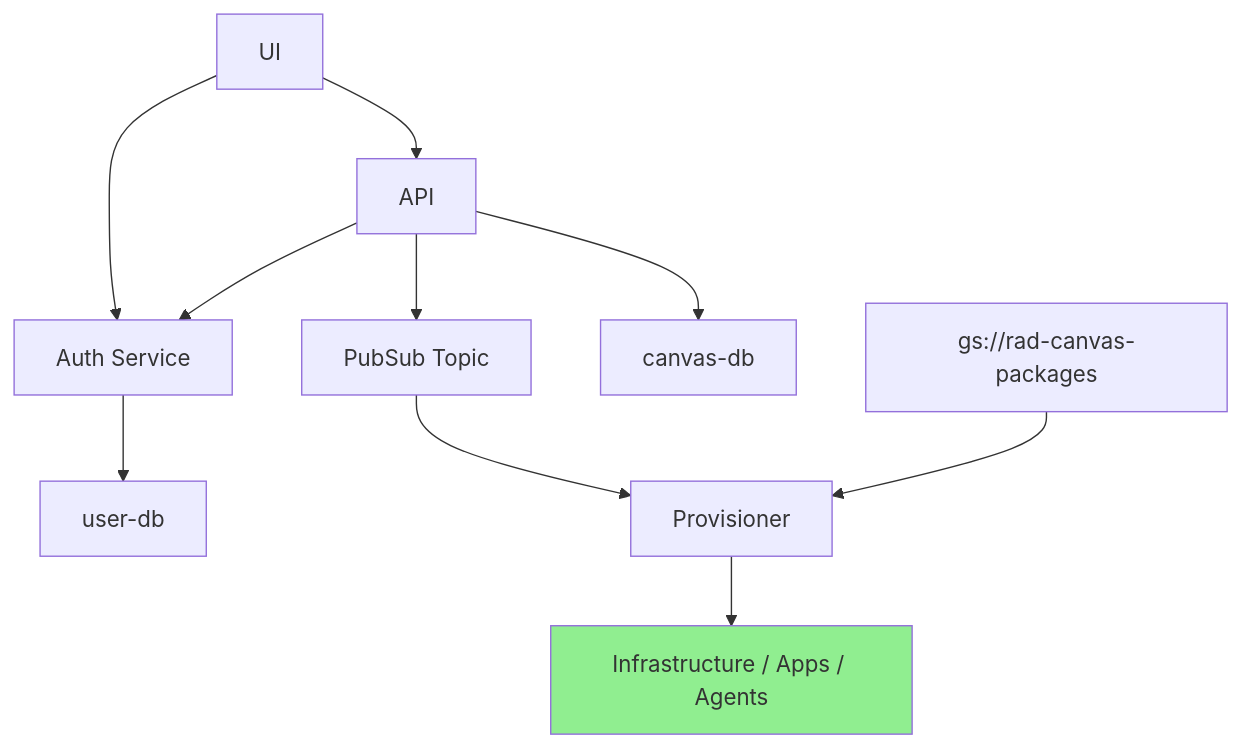
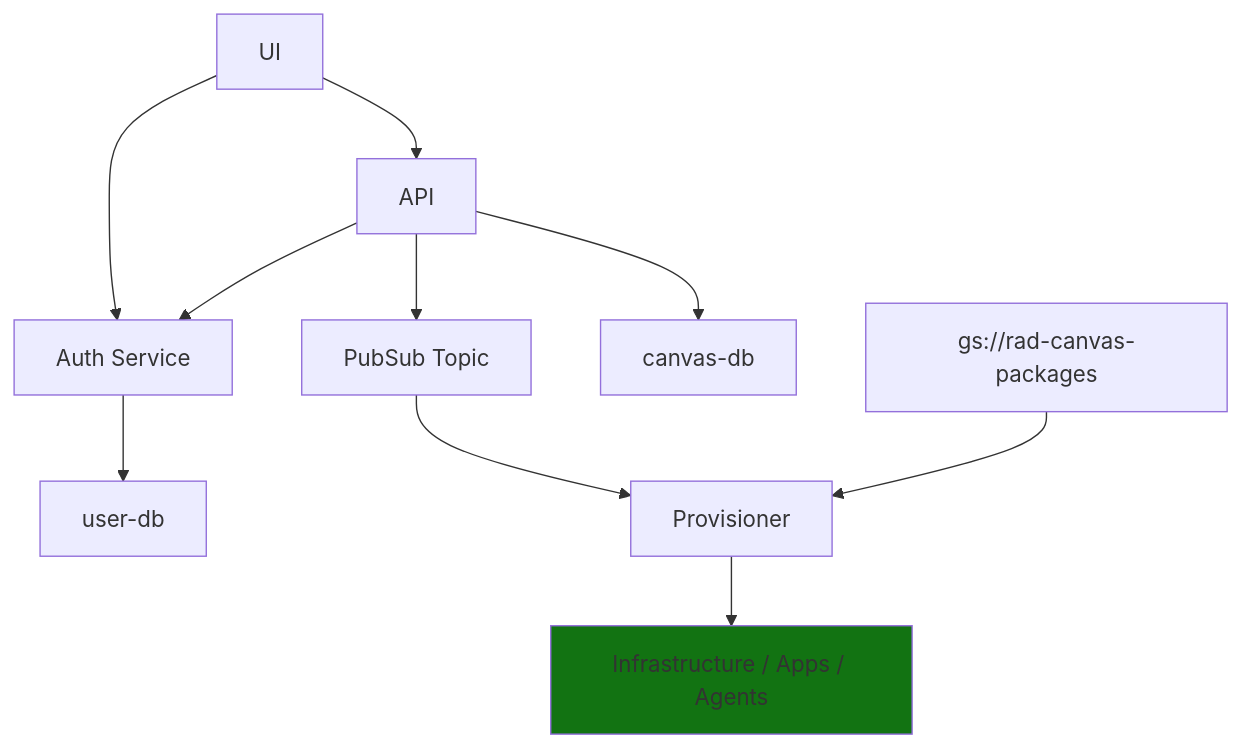
One commit to radiatus-ai/cloud-canvas changed the diagram in README.md. Above: the diagram before and after it, drawn with Mermaid.

Commit message:
adjust green

````diff
--- a/README.md
+++ b/README.md
@@ -53,24 +53,24 @@
 ```mermaid
 graph TD
     UI[UI] --> API
     UI --> AuthService[Auth Service]
     API --> AuthService
     API --> PubSubTopic[PubSub Topic]
     API --> canvas-db[canvas-db]
     AuthService --> user-db[user-db]
     PubSubTopic --> Provisioner
     Provisioner --> InfrastructureAppsAgents[Infrastructure / Apps / Agents]
     gs[gs://rad-canvas-packages] --> Provisioner
 
     click UI "https://github.com/radiatus-ai/cloud-canvas/tree/main/ui" _blank
     click API "https://github.com/radiatus-ai/cloud-canvas/tree/main/api" _blank
     click AuthService "https://github.com/radiatus-ai/auth-service" _blank
     %% click PubSubTopic "https://github.com/yourusername/pubsub-topic-repo" _blank
     %% click canvas-db "https://github.com/yourusername/canvas-db-repo" _blank
     %% click user-db "https://github.com/yourusername/user-db-repo" _blank
     click Provisioner "https://github.com/radiatus-ai/package-provisioner" _blank
     %% click InfrastructureAppsAgents "https://github.com/yourusername/infrastructure-apps-agents-repo" _blank
     click gs "https://github.com/radiatus-ai/canvas-packages" _blank
 
-    style InfrastructureAppsAgents fill:#90EE90
+    style InfrastructureAppsAgents fill:#127312
 ```
````
